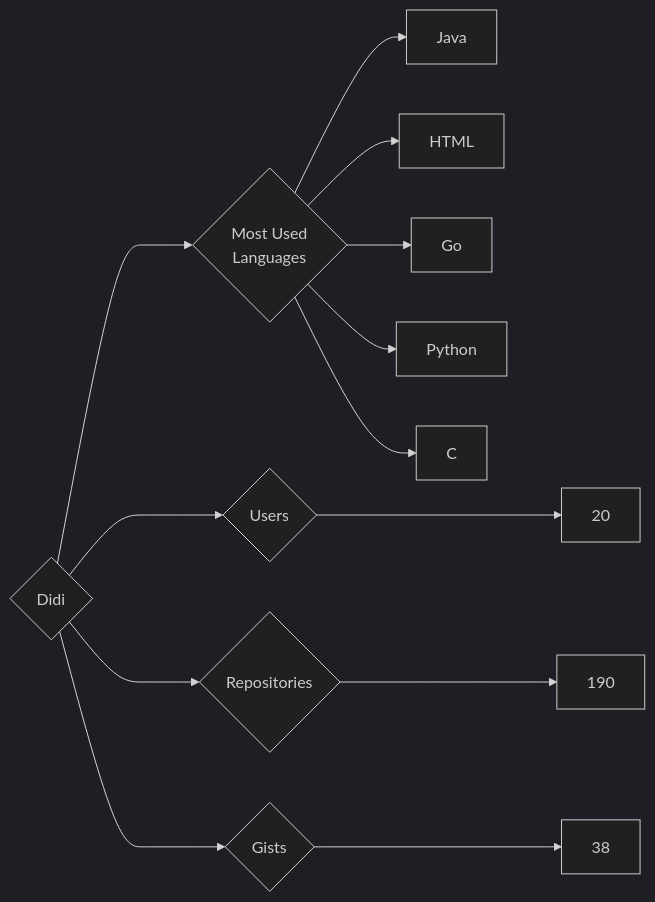
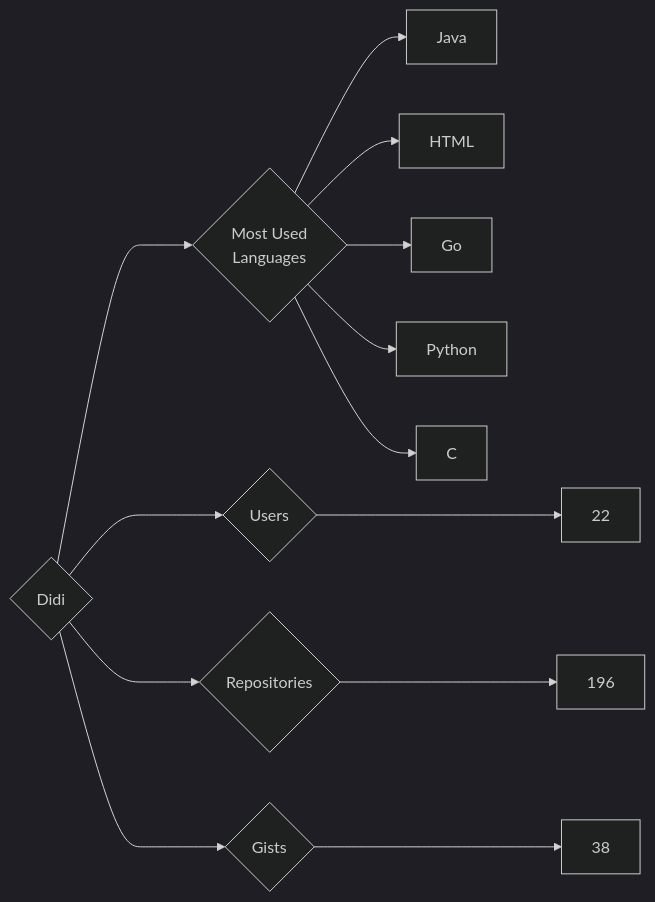
The diagram in targets/Didi/README.md (trickest/insiders), drawn with Mermaid (dark theme) before and after one commit. The commit also changed 823 other files, not shown here.

````diff
--- a/targets/Didi/README.md
+++ b/targets/Didi/README.md
@@ -3,13 +3,13 @@
 ```mermaid
 graph LR
 COMPANY_NAME{Didi}
-COMPANY_NAME ---> U{Users} ---> UN[20]
-COMPANY_NAME ---> R{Repositories} ---> RN[190]
+COMPANY_NAME ---> U{Users} ---> UN[22]
+COMPANY_NAME ---> R{Repositories} ---> RN[196]
 COMPANY_NAME ---> G{Gists} ---> GN[38]
 COMPANY_NAME ---> ML{Most Used<br>Languages}
 ML --> Java[Java]
 ML --> HTML[HTML]
 ML --> Go[Go]
 ML --> Python[Python]
 ML --> C[C]
 ```
````
